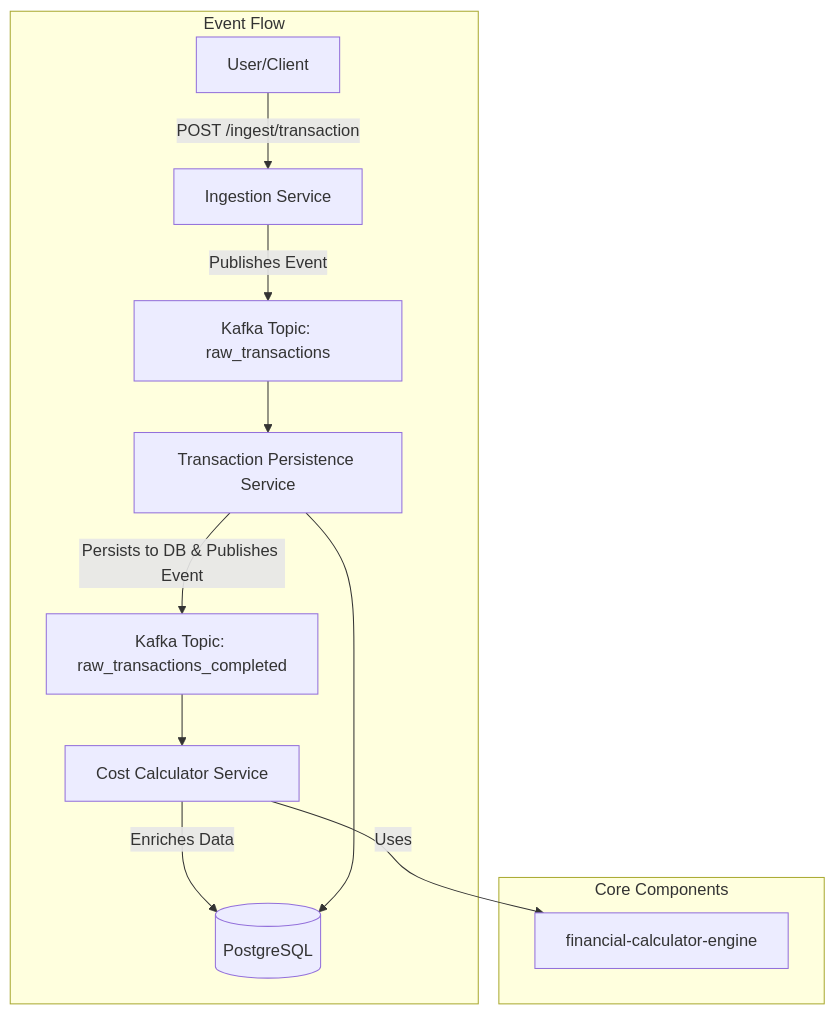
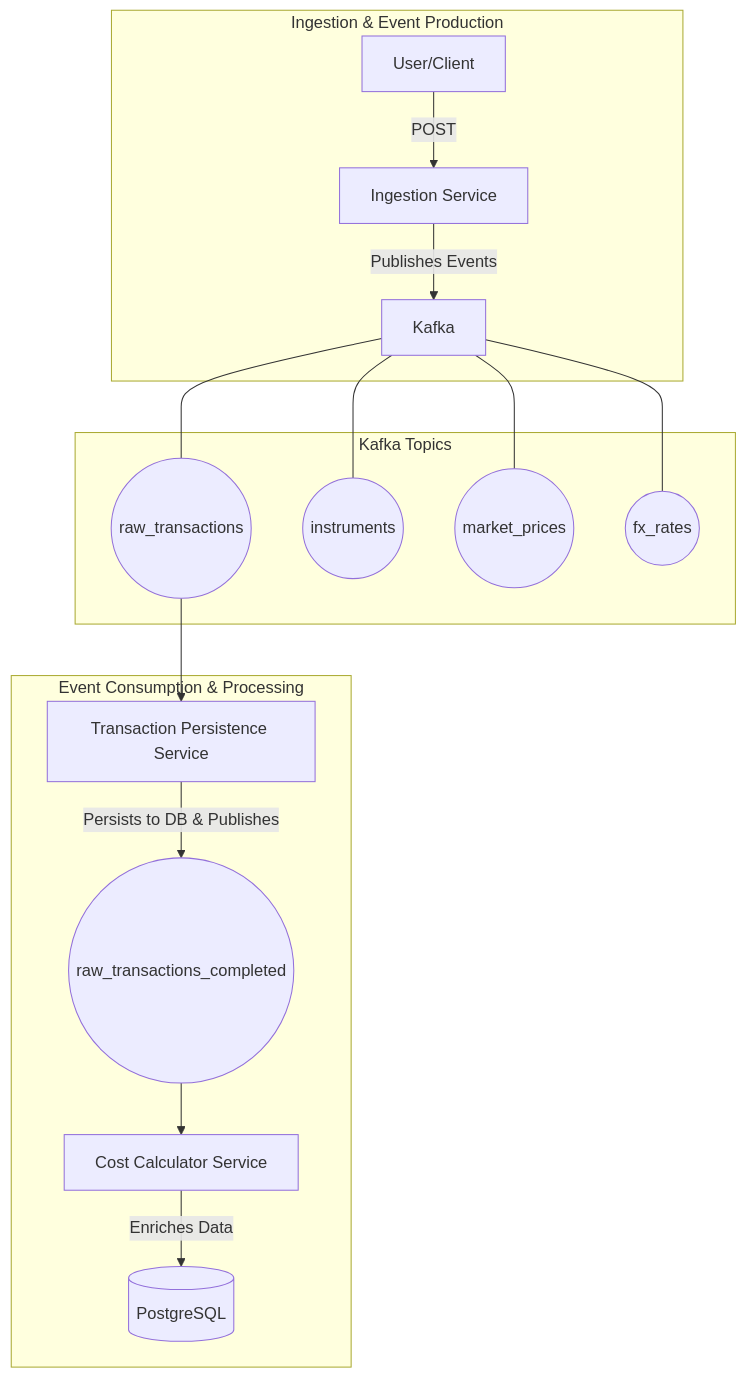
The diagram in README.md (sgajbi/portfolio-analytics-system), drawn with Mermaid before and after one commit. The commit also changed other lines of this file and 5 other files, not shown here.

Commit message:
feat(ingestion-service): Implement FX rate ingestion and update documentation

`````diff
--- a/README.md
+++ b/README.md
@@ -34,16 +27,23 @@
 ```mermaid
 graph TD
-    subgraph "Event Flow"
-        User[User/Client] -- POST /ingest/transaction --> IngestionService[Ingestion Service];
-        IngestionService -- Publishes Event --> KafkaRaw[Kafka Topic: raw_transactions];
-        KafkaRaw --> PersistenceService[Transaction Persistence Service];
-        PersistenceService -- Persists to DB & Publishes Event --> KafkaCompleted[Kafka Topic: raw_transactions_completed];
-        KafkaCompleted --> CostCalculator[Cost Calculator Service];
+    subgraph "Ingestion & Event Production"
+        User[User/Client] -- POST --> IngestionService[Ingestion Service];
+        IngestionService -- Publishes Events --> Kafka;
+    end
+
+    subgraph "Kafka Topics"
+        Kafka --- raw_transactions((raw_transactions));
+        Kafka --- instruments((instruments));
+        Kafka --- market_prices((market_prices));
+        Kafka --- fx_rates((fx_rates));
+    end
+
+    subgraph "Event Consumption & Processing"
+        raw_transactions --> PersistenceService[Transaction Persistence Service];
+        PersistenceService -- Persists to DB & Publishes --> raw_transactions_completed((raw_transactions_completed));
+        raw_transactions_completed --> CostCalculator[Cost Calculator Service];
         CostCalculator -- Enriches Data --> DB[(PostgreSQL)];
     end
 
-    subgraph "Core Components"
-        CostCalculator -- Uses --> EngineLib[financial-calculator-engine];
-        PersistenceService --> DB;
-    end
-````
+
+```` 
`````
